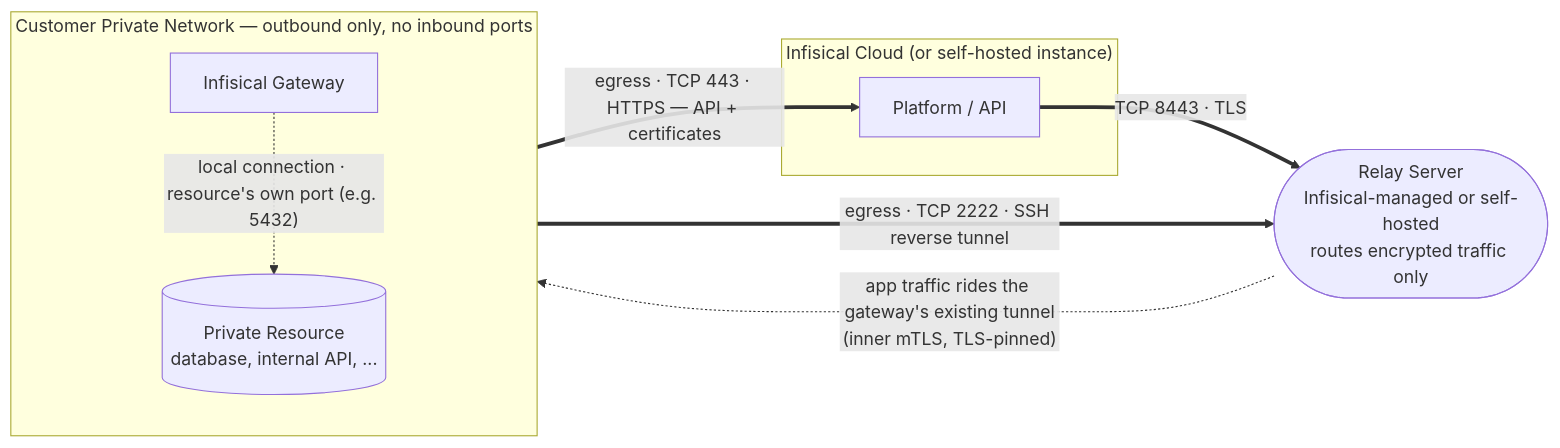
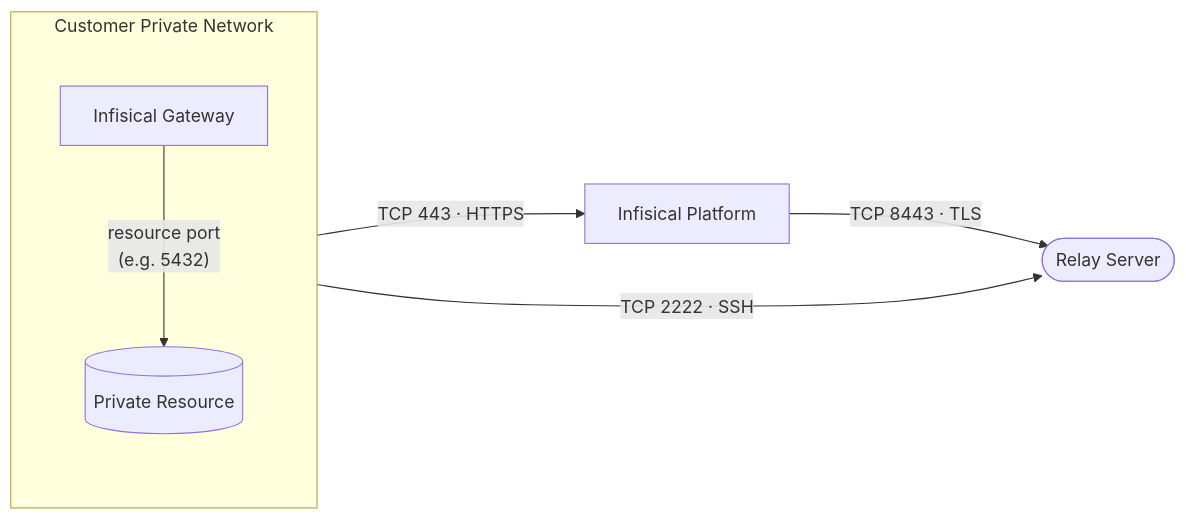
Before and after one commit to Infisical/infisical: the diagram in docs/documentation/platform/gateways/network-architecture.mdx, drawn with Mermaid.

Commit message:
docs: simplify gateway connection diagram for clarity

````diff
--- a/docs/documentation/platform/gateways/network-architecture.mdx
+++ b/docs/documentation/platform/gateways/network-architecture.mdx
@@ -11,21 +11,15 @@
 ```mermaid
+%%{init: {'flowchart': {'nodeSpacing': 70, 'rankSpacing': 110, 'curve': 'basis'}}}%%
 flowchart LR
-  subgraph cust["Customer Private Network — outbound only, no inbound ports"]
+  subgraph customer["Customer Private Network"]
     direction TB
     GW["Infisical Gateway"]
-    RES[("Private Resource<br/>database, internal API, ...")]
+    RES[("Private Resource")]
+    GW -->|"resource port<br/>(e.g. 5432)"| RES
   end
-
-  subgraph cloud["Infisical Cloud (or self-hosted instance)"]
-    PLAT["Platform / API"]
-  end
-
-  RELAY(["Relay Server<br/>Infisical-managed or self-hosted<br/>routes encrypted traffic only"])
-
-  GW == "egress · TCP 2222 · SSH reverse tunnel" ==> RELAY
-  GW == "egress · TCP 443 · HTTPS — API + certificates" ==> PLAT
-  PLAT == "TCP 8443 · TLS" ==> RELAY
-
-  RELAY -. "app traffic rides the gateway's existing tunnel<br/>(inner mTLS, TLS-pinned)" .-> GW
-  GW -. "local connection · resource's own port (e.g. 5432)" .-> RES
+  PLAT["Infisical Platform"]
+  RELAY(["Relay Server"])
+  GW -->|"TCP 443 · HTTPS"| PLAT
+  GW -->|"TCP 2222 · SSH"| RELAY
+  PLAT -->|"TCP 8443 · TLS"| RELAY
 ```
````
